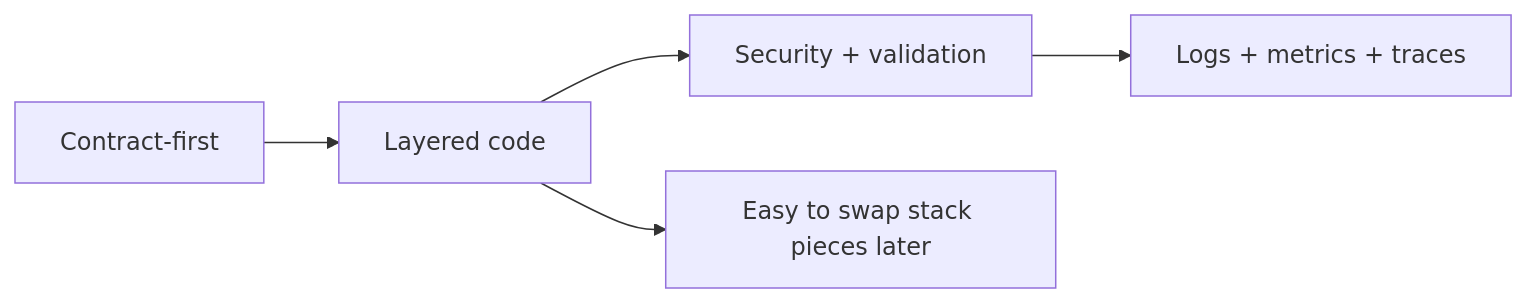
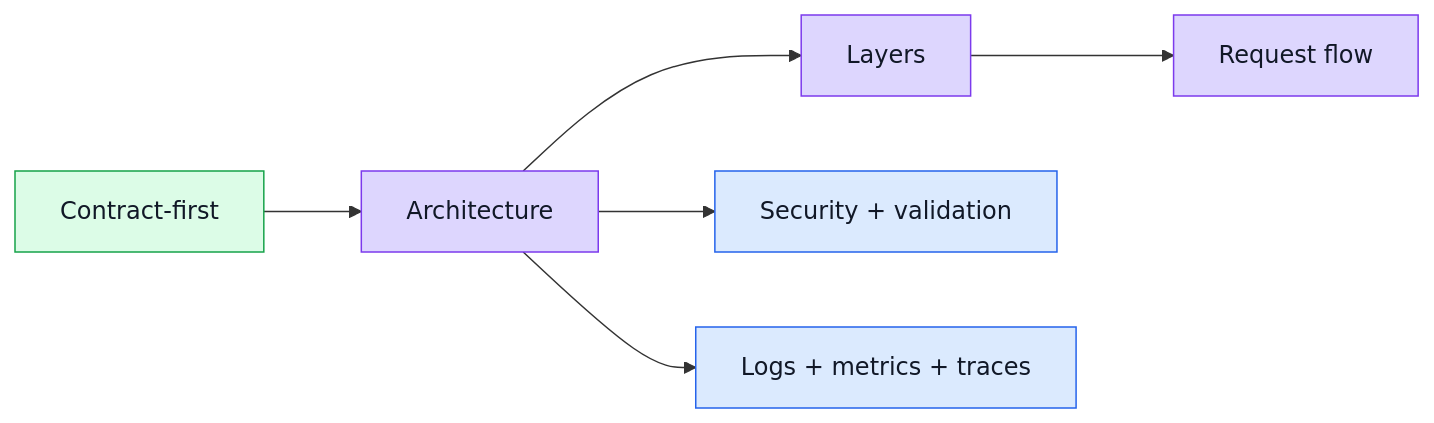
One commit to Guebbit/boilerplate-node-backend changed the diagram in docs/theory/index.md. Above: the diagram before and after it, drawn with Mermaid. The commit also changed other lines of this file and 16 other files, not shown here.

````diff
--- a/docs/theory/index.md
+++ b/docs/theory/index.md
@@ -8,7 +8,16 @@
 ```mermaid
+%%{init: {'flowchart': {'nodeSpacing': 50, 'rankSpacing': 65}}}%%
 flowchart LR
-    Contract[Contract-first] --> Layers[Layered code]
-    Layers --> Safety[Security + validation]
-    Safety --> Signals[Logs + metrics + traces]
-    Layers --> Extensibility[Easy to swap stack pieces later]
+    Contract[Contract-first] --> Architecture[Architecture]
+    Architecture --> Layers[Layers]
+    Layers --> Flow[Request flow]
+    Architecture --> Safety[Security + validation]
+    Architecture --> Signals[Logs + metrics + traces]
+
+    classDef contract fill:#dcfce7,stroke:#16a34a,color:#111827;
+    classDef structure fill:#ddd6fe,stroke:#7c3aed,color:#111827;
+    classDef ops fill:#dbeafe,stroke:#2563eb,color:#111827;
+    class Contract contract;
+    class Architecture,Layers,Flow structure;
+    class Safety,Signals ops;
 ```
````
